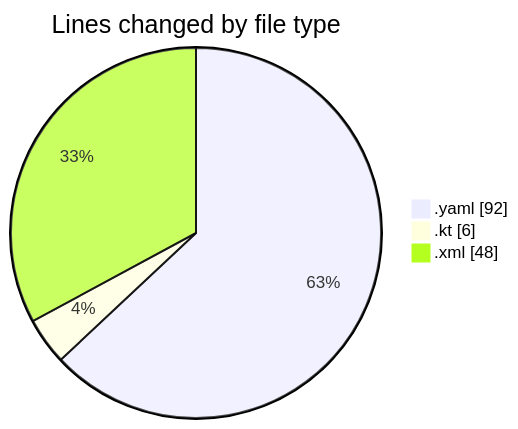
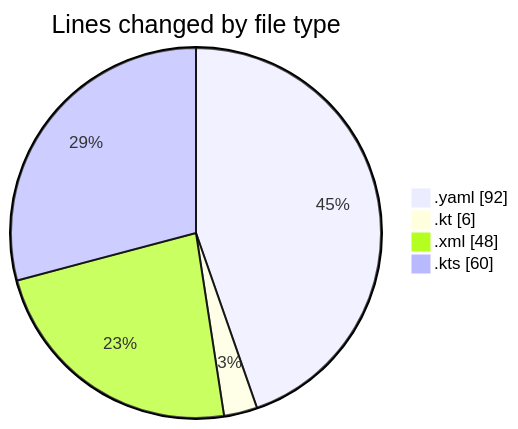
One commit to donsfak/code-tracking changed the first of 2 diagrams in 2025-02-19/uber_clone/README.md. Above: the diagram before and after it, drawn with Mermaid. The commit also changed other lines of this file and 1 other file, not shown here.

````diff
--- a/2025-02-19/uber_clone/README.md
+++ b/2025-02-19/uber_clone/README.md
@@ -22,7 +23,8 @@
 ```mermaid
 pie showData
 title Lines changed by file type
 ".yaml" : 92
 ".kt" : 6
 ".xml" : 48
+".kts" : 60
 ```
````
